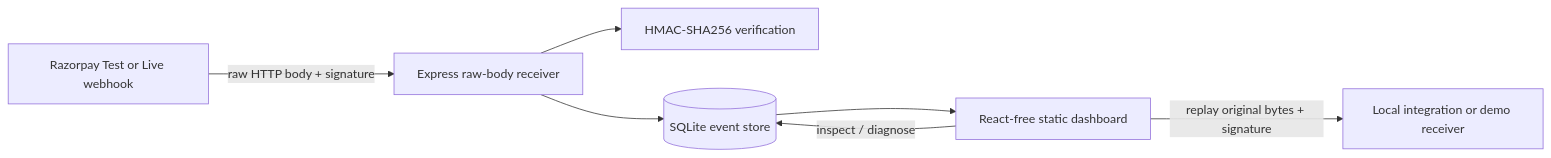
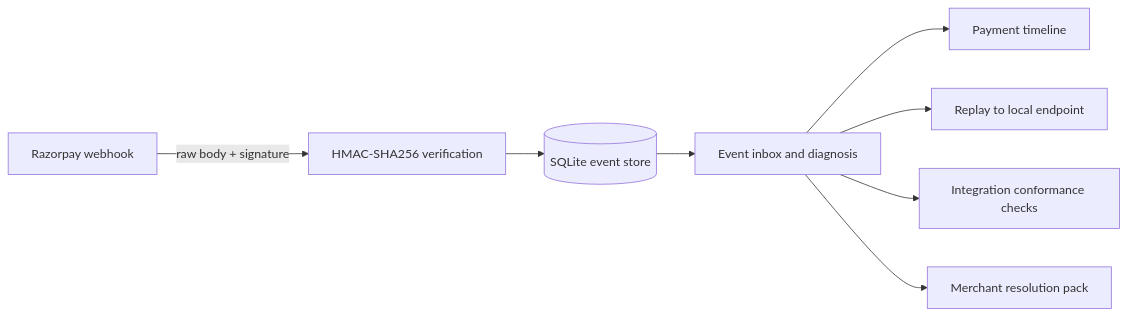
One commit to anushkaBala/WebHook-Dehook changed the diagram in README.md. Above: the diagram before and after it, drawn with Mermaid. The commit also changed other lines of this file, not shown here.

````diff
--- a/README.md
+++ b/README.md
@@ -19,9 +5,10 @@
 ```mermaid
 flowchart LR
-  R[Razorpay Test or Live webhook] -->|raw HTTP body + signature| E[Express raw-body receiver]
-  E --> V[HMAC-SHA256 verification]
-  E --> D[(SQLite event store)]
-  D --> UI[React-free static dashboard]
-  UI -->|inspect / diagnose| D
-  UI -->|replay original bytes + signature| T[Local integration or demo receiver]
+  R[Razorpay webhook] -->|raw body + signature| V[HMAC-SHA256 verification]
+  V --> D[(SQLite event store)]
+  D --> I[Event inbox and diagnosis]
+  I --> T[Payment timeline]
+  I --> P[Replay to local endpoint]
+  I --> C[Integration conformance checks]
+  I --> F[Merchant resolution pack]
 ```
````
